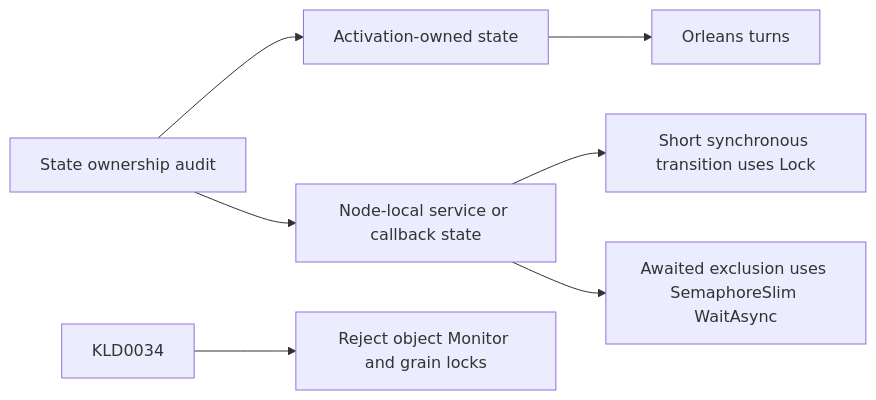
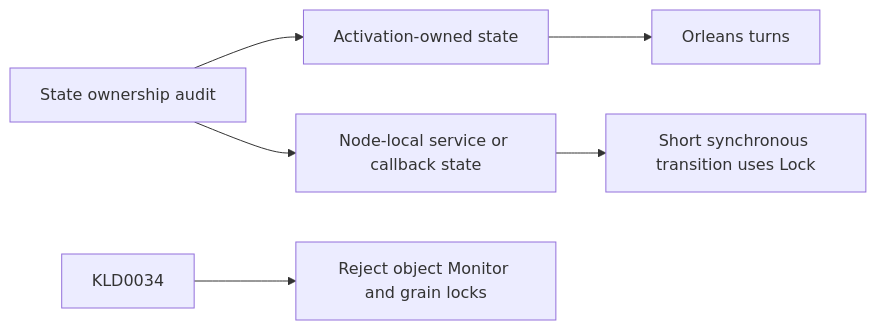
One commit to managedcode/KeyLoad changed the diagram in docs/ADR/ADR-108-typed-synchronization.md. Above: the diagram before and after it, drawn with Mermaid. The commit also changed other lines of this file and 1072 other files, not shown here.

````diff
--- a/docs/ADR/ADR-108-typed-synchronization.md
+++ b/docs/ADR/ADR-108-typed-synchronization.md
@@ -33,9 +34,8 @@
 ```mermaid
 flowchart LR
     State[State ownership audit] --> Grain[Activation-owned state]
     State --> Shared[Node-local service or callback state]
     Grain --> Scheduler[Orleans turns]
     Shared --> Short[Short synchronous transition uses Lock]
-    Shared --> Async[Awaited exclusion uses SemaphoreSlim WaitAsync]
     Compiler[KLD0034] --> Forbidden[Reject object Monitor and grain locks]
 ```
````
